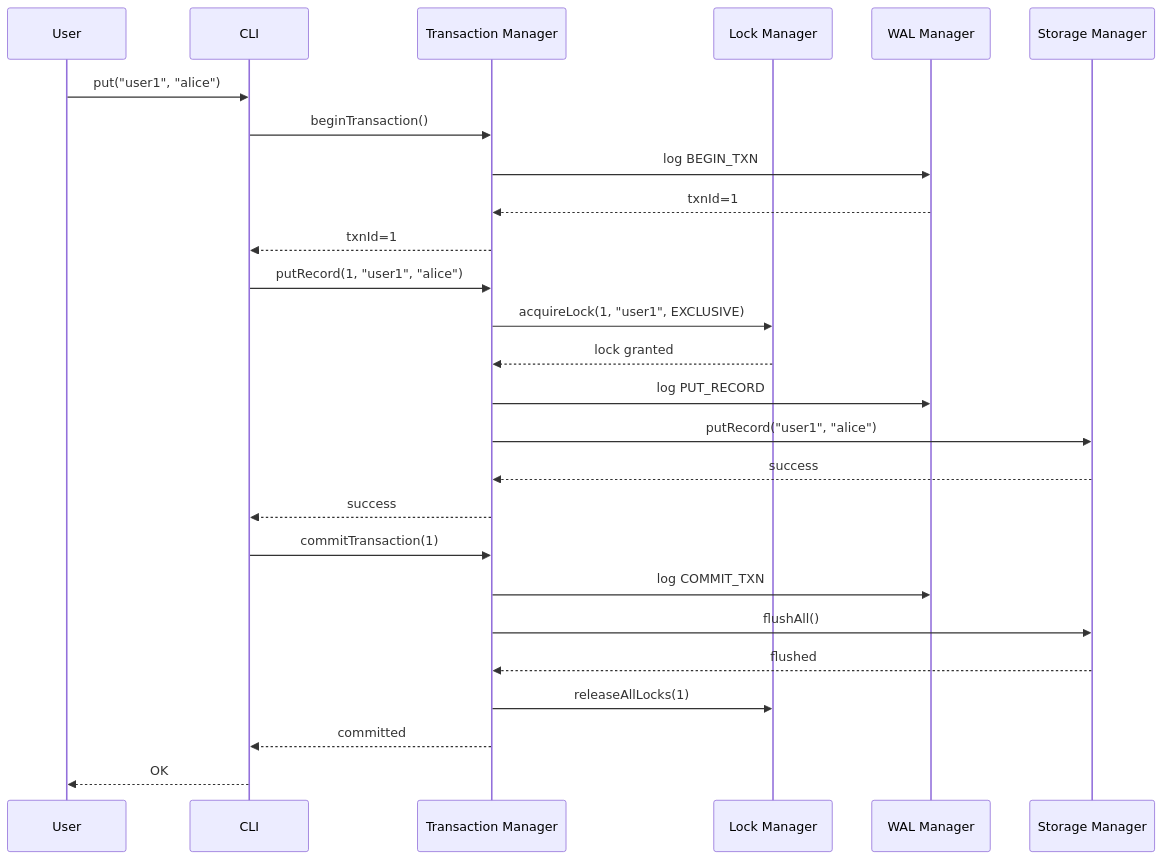
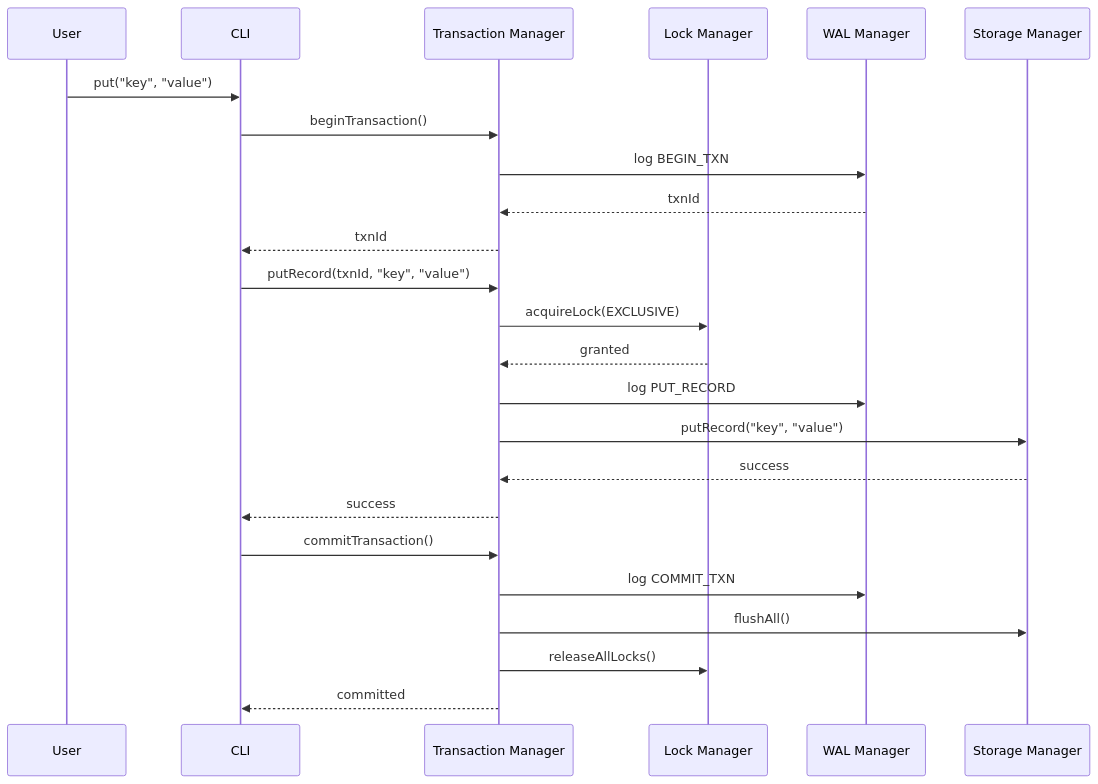
One commit to ruskaruma/StoneDB-engine changed the second of 10 diagrams in ARCHITECTURE.md. Above: the diagram before and after it, drawn with Mermaid. The commit also changed other lines of this file and 6 other files, not shown here.

Commit message:
feat: add architecture docs

````diff
--- a/ARCHITECTURE.md
+++ b/ARCHITECTURE.md
@@ -38,31 +31,29 @@
 ```mermaid
 sequenceDiagram
     participant User
     participant CLI
     participant TxnMgr as Transaction Manager
     participant LockMgr as Lock Manager
     participant WAL as WAL Manager
     participant Storage as Storage Manager
     
-    User->>CLI: put("user1", "alice")
+    User->>CLI: put("key", "value")
     CLI->>TxnMgr: beginTransaction()
     TxnMgr->>WAL: log BEGIN_TXN
-    WAL-->>TxnMgr: txnId=1
-    TxnMgr-->>CLI: txnId=1
+    WAL-->>TxnMgr: txnId
+    TxnMgr-->>CLI: txnId
     
-    CLI->>TxnMgr: putRecord(1, "user1", "alice")
-    TxnMgr->>LockMgr: acquireLock(1, "user1", EXCLUSIVE)
-    LockMgr-->>TxnMgr: lock granted
+    CLI->>TxnMgr: putRecord(txnId, "key", "value")
+    TxnMgr->>LockMgr: acquireLock(EXCLUSIVE)
+    LockMgr-->>TxnMgr: granted
     TxnMgr->>WAL: log PUT_RECORD
-    TxnMgr->>Storage: putRecord("user1", "alice")
+    TxnMgr->>Storage: putRecord("key", "value")
     Storage-->>TxnMgr: success
     TxnMgr-->>CLI: success
     
-    CLI->>TxnMgr: commitTransaction(1)
+    CLI->>TxnMgr: commitTransaction()
     TxnMgr->>WAL: log COMMIT_TXN
     TxnMgr->>Storage: flushAll()
-    Storage-->>TxnMgr: flushed
-    TxnMgr->>LockMgr: releaseAllLocks(1)
+    TxnMgr->>LockMgr: releaseAllLocks()
     TxnMgr-->>CLI: committed
-    CLI-->>User: OK
 ```
````
